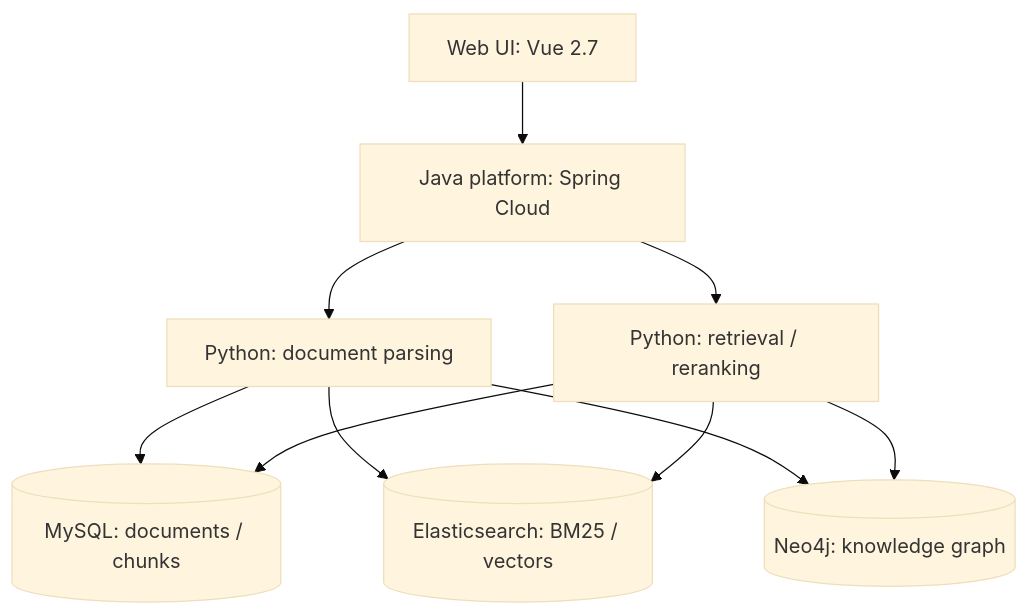
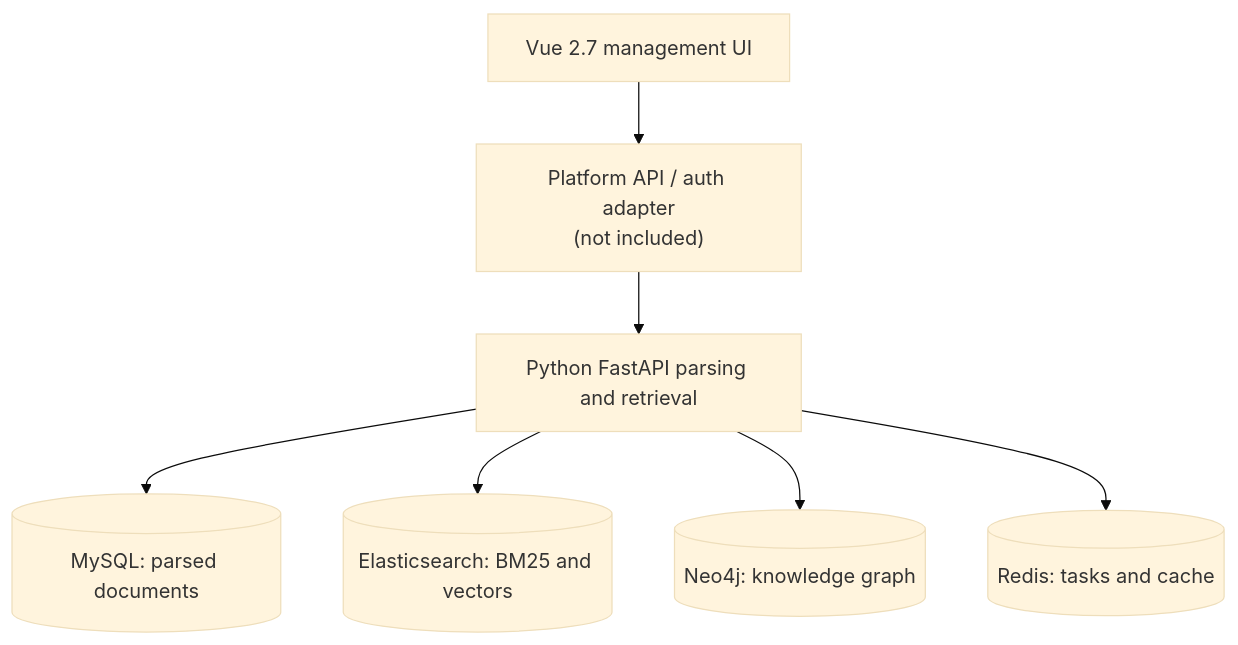
Before and after one commit to 837515265/Enterprise-Knowledge-RAG: the diagram in README.md, drawn with Mermaid (base theme). The commit also changed other lines of this file, not shown here.

Commit message:
docs: focus public project on authorized Python RAG and Vue code

````diff
--- a/README.md
+++ b/README.md
@@ -49,12 +48,9 @@
 ```mermaid
 flowchart TB
-    UI["Web UI: Vue 2.7"] --> API["Java platform: Spring Cloud"]
-    API --> PARSE["Python: document parsing"]
-    API --> SEARCH["Python: retrieval / reranking"]
-    PARSE --> SQL[("MySQL: documents / chunks")]
-    PARSE --> ES[("Elasticsearch: BM25 / vectors")]
-    PARSE --> GRAPH[("Neo4j: knowledge graph")]
-    SEARCH --> SQL
-    SEARCH --> ES
-    SEARCH --> GRAPH
+    UI["Vue 2.7 management UI"] --> ADAPTER["Platform API / auth adapter<br/>(not included)"]
+    ADAPTER --> PY["Python FastAPI parsing and retrieval"]
+    PY --> SQL[("MySQL: parsed documents")]
+    PY --> ES[("Elasticsearch: BM25 and vectors")]
+    PY --> NEO[("Neo4j: knowledge graph")]
+    PY --> REDIS[("Redis: tasks and cache")]
 ```
````
